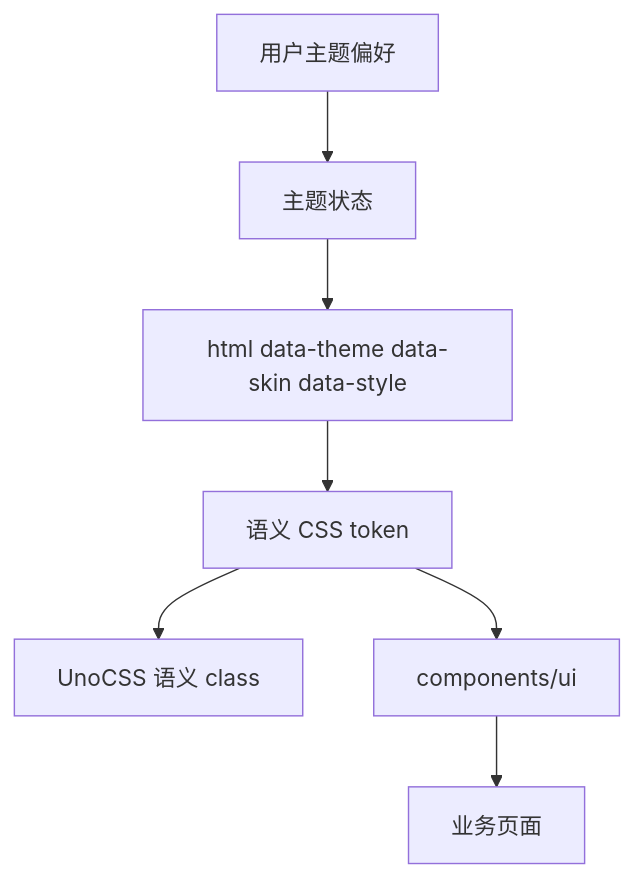
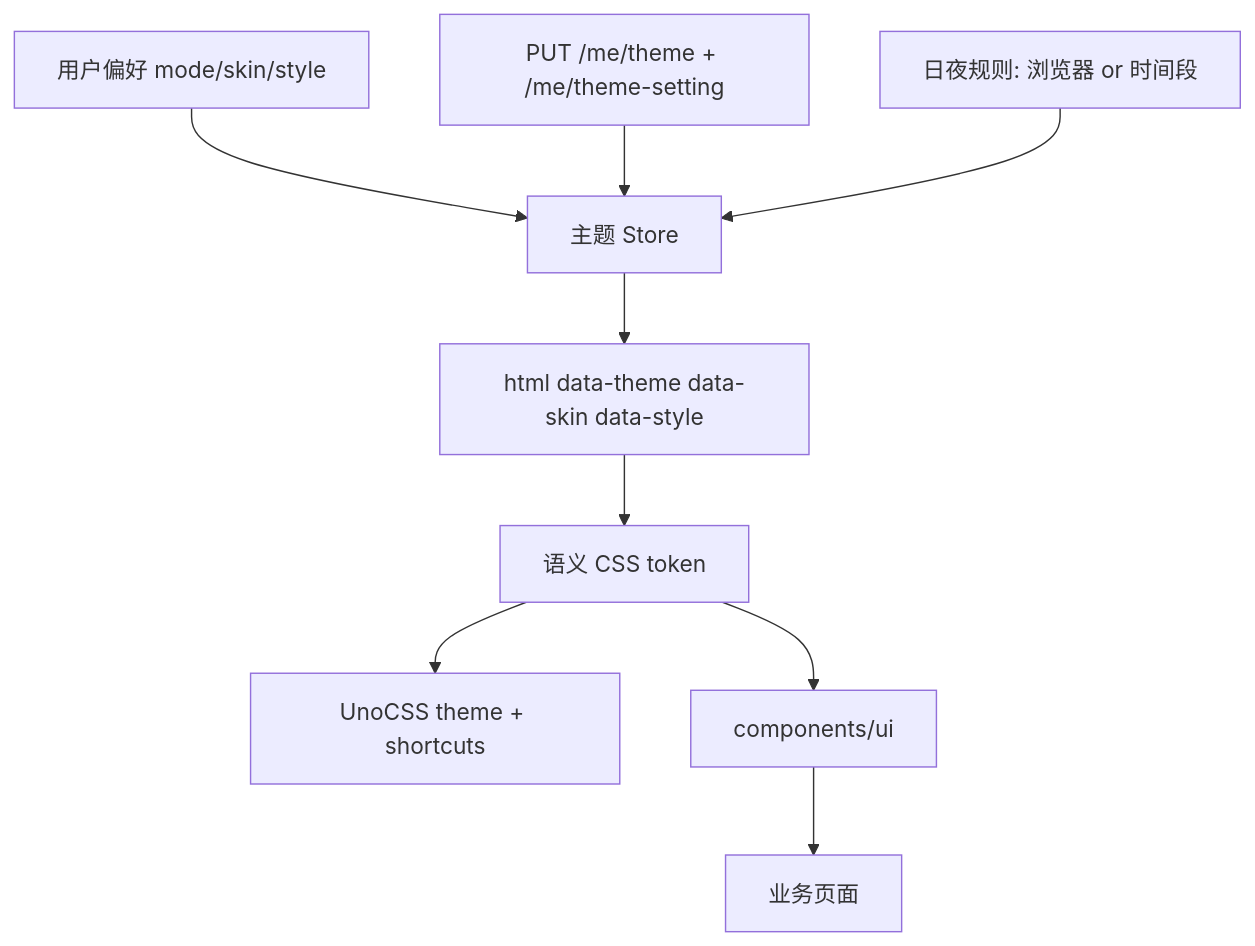
The diagram in docs/exec-plans/2026-07-13-style-system.md (shellRaining/cc98), drawn with Mermaid before and after one commit. The commit also changed other lines of this file and 3 other files, not shown here.

````diff
--- a/docs/exec-plans/2026-07-13-style-system.md
+++ b/docs/exec-plans/2026-07-13-style-system.md
@@ -29,9 +45,11 @@
 ```mermaid
 flowchart TD
-  Preference[用户主题偏好] --> ThemeStore[主题状态]
-  ThemeStore --> RootAttrs[html data-theme data-skin data-style]
-  RootAttrs --> SemanticTokens[语义 CSS token]
-  SemanticTokens --> Uno[UnoCSS 语义 class]
-  SemanticTokens --> UI[components/ui]
+  Pref[用户偏好 mode/skin/style] --> Store[主题 Store]
+  Server[PUT /me/theme + /me/theme-setting] --> Store
+  DayNight[日夜规则: 浏览器 or 时间段] --> Store
+  Store --> Root[html data-theme data-skin data-style]
+  Root --> Tokens[语义 CSS token]
+  Tokens --> Uno[UnoCSS theme + shortcuts]
+  Tokens --> UI[components/ui]
   UI --> Pages[业务页面]
 ```
````
